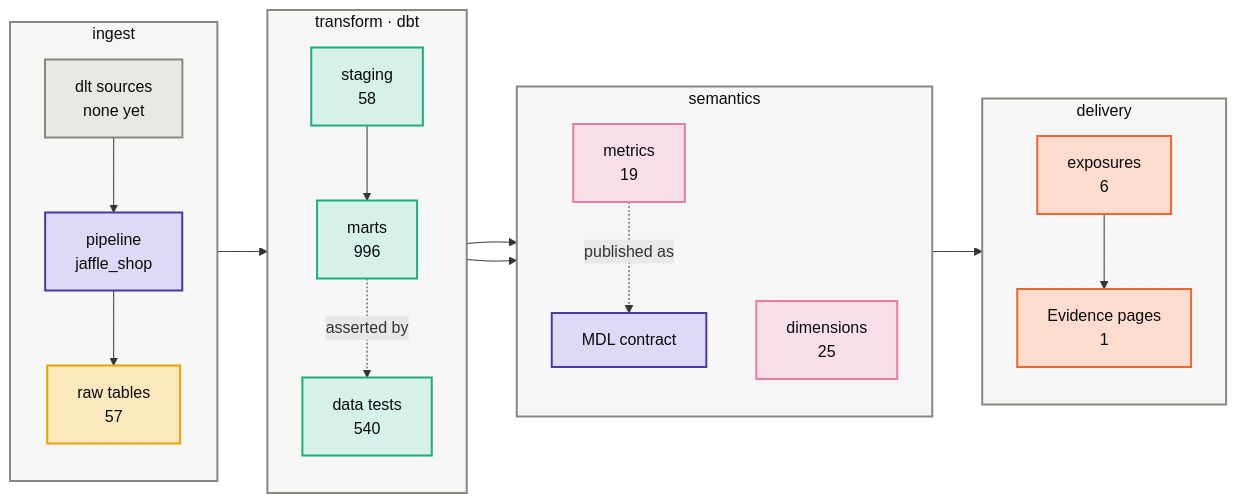
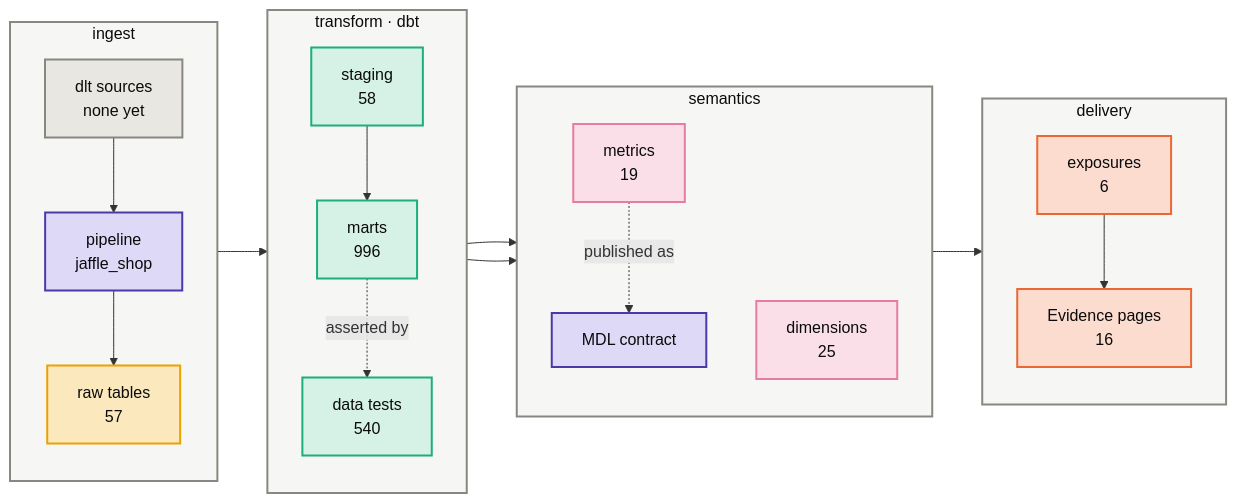
One commit to Atomz-org/data-platform changed the first of 3 diagrams in groups/jaffle/projects/jaffle-shop/kg/architecture.md. Above: the diagram before and after it, drawn with Mermaid. The commit also changed other lines of this file and 7 other files, not shown here.

First line of the commit message:
Re-render the architecture maps the runner can reproduce (2 of 2)

````diff
--- a/groups/jaffle/projects/jaffle-shop/kg/architecture.md
+++ b/groups/jaffle/projects/jaffle-shop/kg/architecture.md
@@ -10,41 +10,41 @@
 ```mermaid
 flowchart LR
     subgraph LI["ingest"]
         direction TB
         I1["dlt sources<br/>none yet"]:::neutral
         I2["pipeline<br/>jaffle_shop"]:::platform
         I3["raw tables<br/>57"]:::raw
     end
     subgraph LT["transform · dbt"]
         direction TB
         T1["staging<br/>58"]:::model
         T2["marts<br/>996"]:::model
         T3["data tests<br/>540"]:::model
     end
     subgraph LS["semantics"]
         direction TB
         S1["metrics<br/>19"]:::metric
         S2["dimensions<br/>25"]:::metric
         S3["MDL contract"]:::platform
     end
     subgraph LD["delivery"]
         direction TB
         D1["exposures<br/>6"]:::exposure
-        D2["Evidence pages<br/>1"]:::exposure
+        D2["Evidence pages<br/>16"]:::exposure
     end
     I1 --> I2 --> I3 --> T1 --> T2
     T2 --> S1 --> D1 --> D2
     T2 --> S2
     S1 -.published as.-> S3
     T2 -.asserted by.-> T3
     classDef ingress fill:#cde2fb,stroke:#2a78d6,stroke-width:2px,color:#0b0b0b
     classDef platform fill:#ded9f7,stroke:#4a3aa7,stroke-width:2px,color:#0b0b0b
     classDef raw fill:#fbe8bd,stroke:#eda100,stroke-width:2px,color:#0b0b0b
     classDef model fill:#d6f2e6,stroke:#1baf7a,stroke-width:2px,color:#0b0b0b
     classDef metric fill:#fadfe8,stroke:#e87ba4,stroke-width:2px,color:#0b0b0b
     classDef exposure fill:#fbdccf,stroke:#eb6834,stroke-width:2px,color:#0b0b0b
     classDef neutral fill:#e8e7e2,stroke:#898781,stroke-width:2px,color:#0b0b0b
     classDef project fill:#e3eefc,stroke:#2a78d6,stroke-width:2px,color:#0b0b0b
     classDef lane fill:#f6f6f4,stroke:#898781,stroke-width:2px,color:#0b0b0b
     class LI,LT,LS,LD lane
 ```
````
